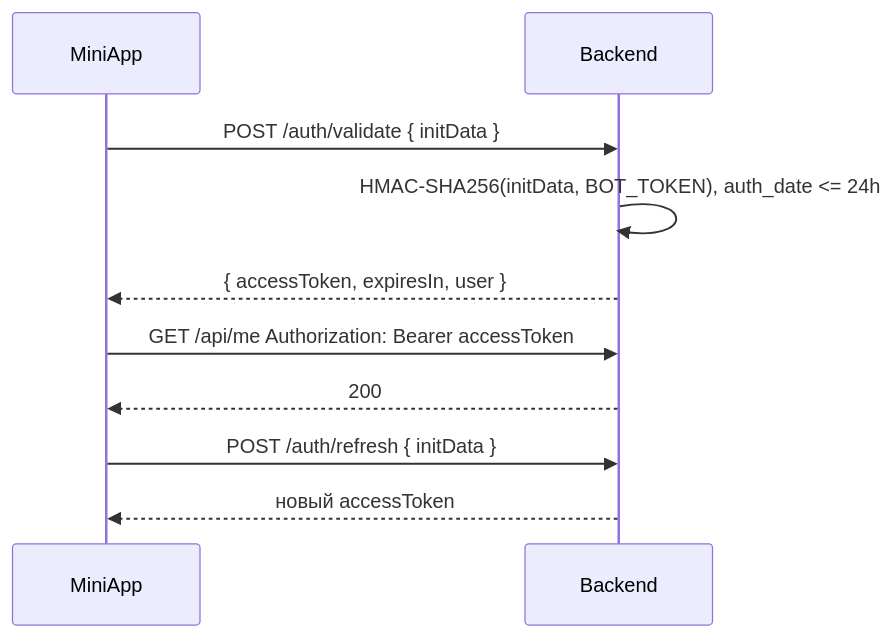
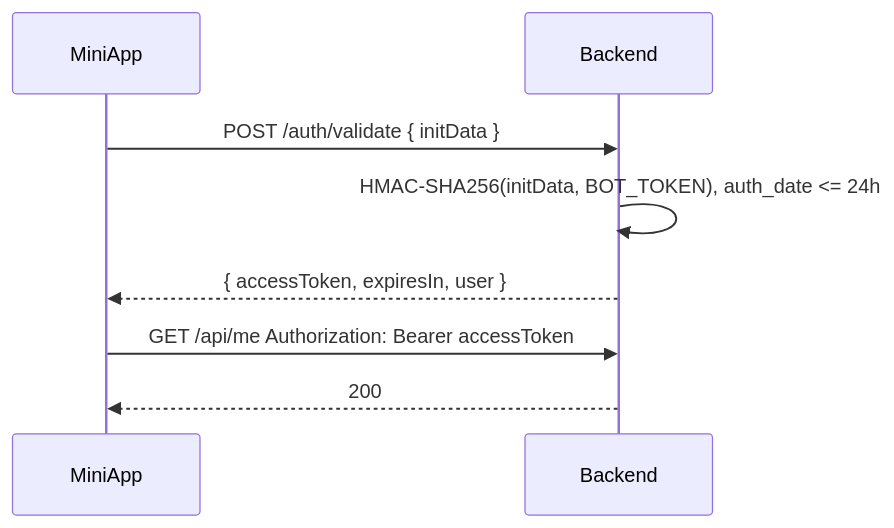
Before and after one commit to Calrission/melist: the diagram in docs/backend/api.md, drawn with Mermaid. The commit also changed other lines of this file and 29 other files, not shown here.

````diff
--- a/docs/backend/api.md
+++ b/docs/backend/api.md
@@ -17,12 +18,10 @@
 ```mermaid
 sequenceDiagram
   participant App as MiniApp
   participant Api as Backend
   App->>Api: POST /auth/validate { initData }
   Api->>Api: HMAC-SHA256(initData, BOT_TOKEN), auth_date <= 24h
   Api-->>App: { accessToken, expiresIn, user }
   App->>Api: GET /api/me  Authorization: Bearer accessToken
   Api-->>App: 200
-  App->>Api: POST /auth/refresh { initData }
-  Api-->>App: новый accessToken
 ```
````
